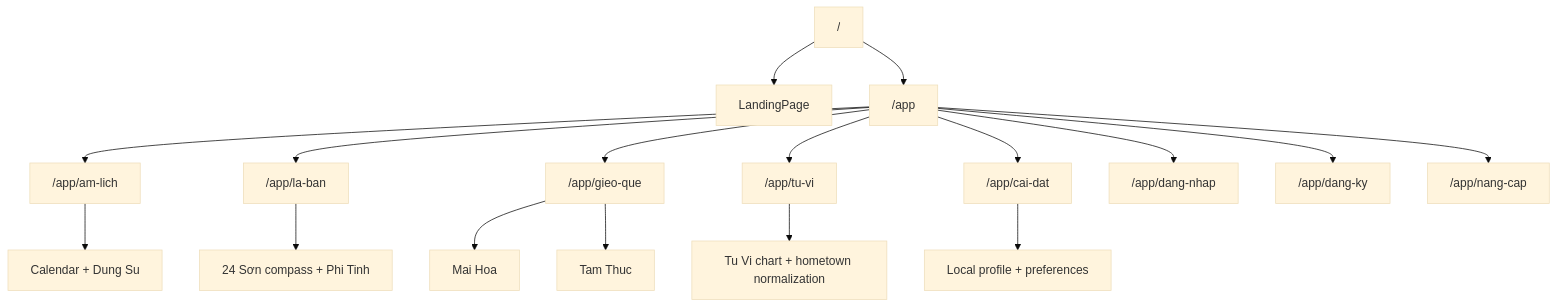
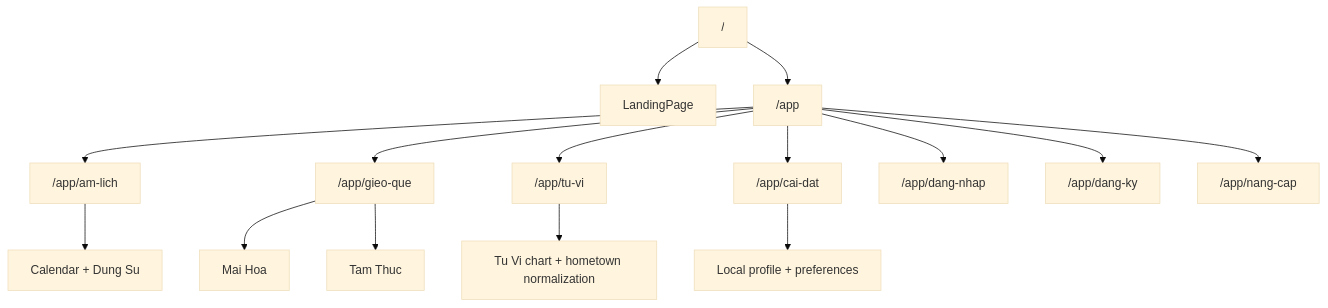
Before and after one commit to jakessteve/lich-viet-android: the diagram in docs/tech/USERFLOW.md, drawn with Mermaid (base theme). The commit also changed other lines of this file and 27 other files, not shown here.

````diff
--- a/docs/tech/USERFLOW.md
+++ b/docs/tech/USERFLOW.md
@@ -10,20 +10,18 @@
 ```mermaid
 flowchart TD
     HOME["/"] --> LANDING["LandingPage"]
     HOME --> APP["/app"]
     APP --> AMLICH["/app/am-lich"]
-    APP --> LABAN["/app/la-ban"]
     APP --> GIEOQUE["/app/gieo-que"]
     APP --> TUVI["/app/tu-vi"]
     APP --> SETTINGS["/app/cai-dat"]
     APP --> LOGIN["/app/dang-nhap"]
     APP --> REGISTER["/app/dang-ky"]
     APP --> UPGRADE["/app/nang-cap"]
 
     AMLICH --> CALENDAR["Calendar + Dung Su"]
-    LABAN --> COMPASS["24 Sơn compass + Phi Tinh"]
     GIEOQUE --> MAIHOA["Mai Hoa"]
     GIEOQUE --> TAMTHUC["Tam Thuc"]
     TUVI --> CHART["Tu Vi chart + hometown normalization"]
     SETTINGS --> PROFILE["Local profile + preferences"]
 ```
````
